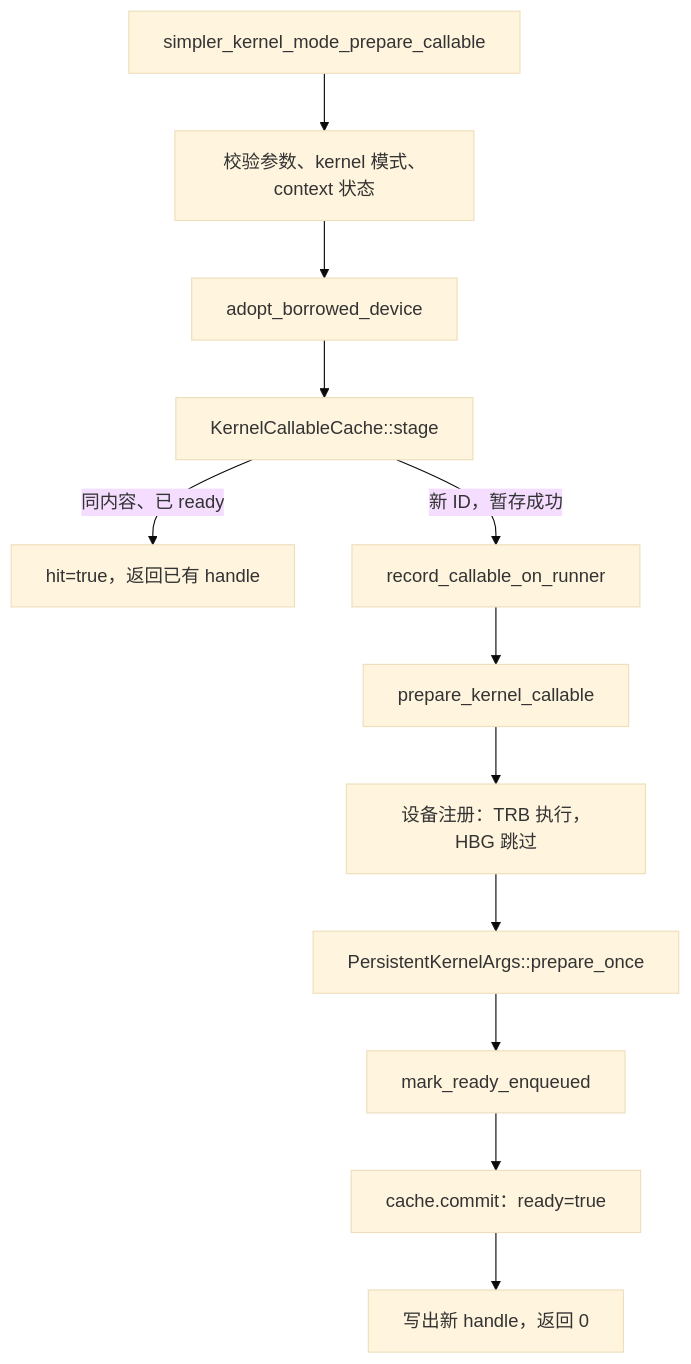
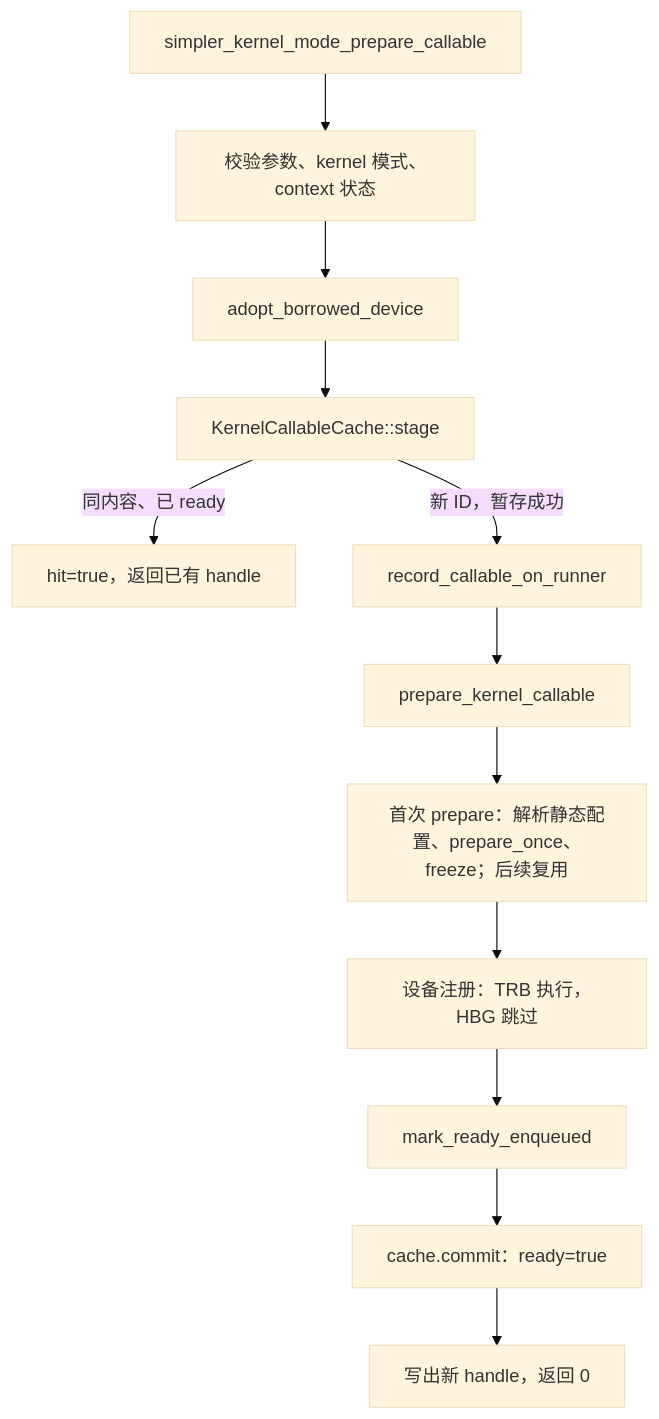
The diagram in docs/zh-cn/kernel-callable-residency.md (hw-native-sys/simpler), drawn with Mermaid (base theme) before and after one commit. The commit also changed other lines of this file and 8 other files, not shown here.

````diff
--- a/docs/zh-cn/kernel-callable-residency.md
+++ b/docs/zh-cn/kernel-callable-residency.md
@@ -54,14 +55,14 @@
 ```mermaid
 flowchart TD
     A["simpler_kernel_mode_prepare_callable"] --> B["校验参数、kernel 模式、context 状态"]
     B --> C["adopt_borrowed_device"]
     C --> D["KernelCallableCache::stage"]
     D -->|同内容、已 ready| E["hit=true，返回已有 handle"]
     D -->|新 ID，暂存成功| F["record_callable_on_runner"]
     F --> G["prepare_kernel_callable"]
-    G --> H["设备注册：TRB 执行，HBG 跳过"]
-    H --> I["PersistentKernelArgs::prepare_once"]
+    G --> H["首次 prepare：解析静态配置、prepare_once、freeze；后续复用"]
+    H --> I["设备注册：TRB 执行，HBG 跳过"]
     I --> J["mark_ready_enqueued"]
     J --> K["cache.commit：ready=true"]
     K --> L["写出新 handle，返回 0"]
 ```
````
